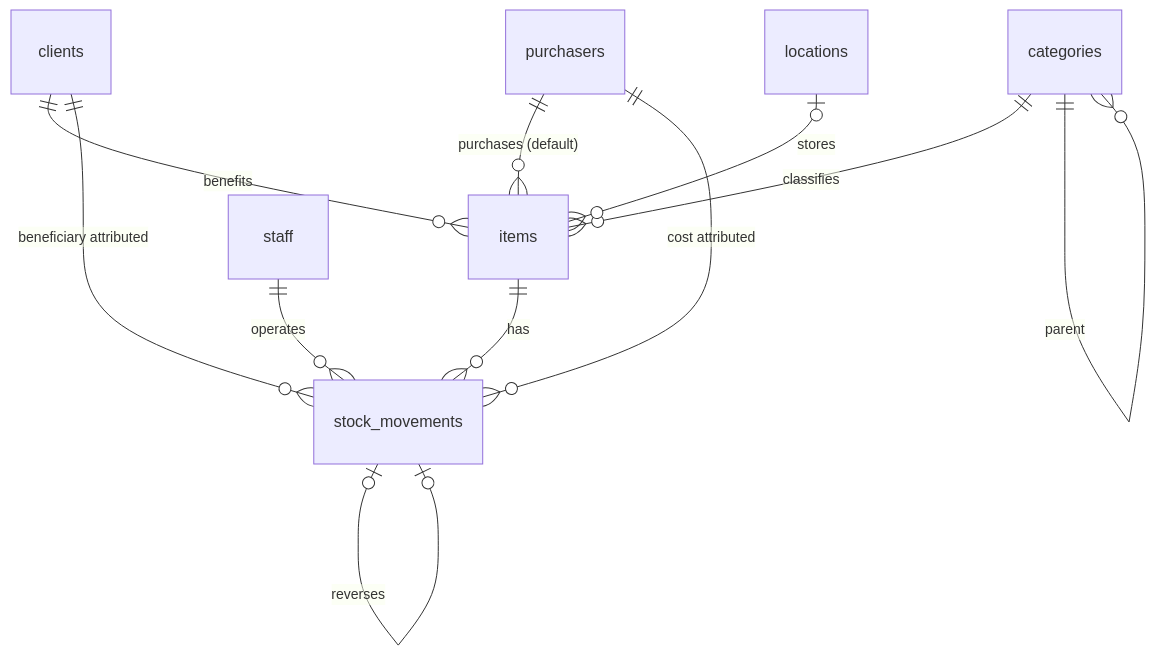
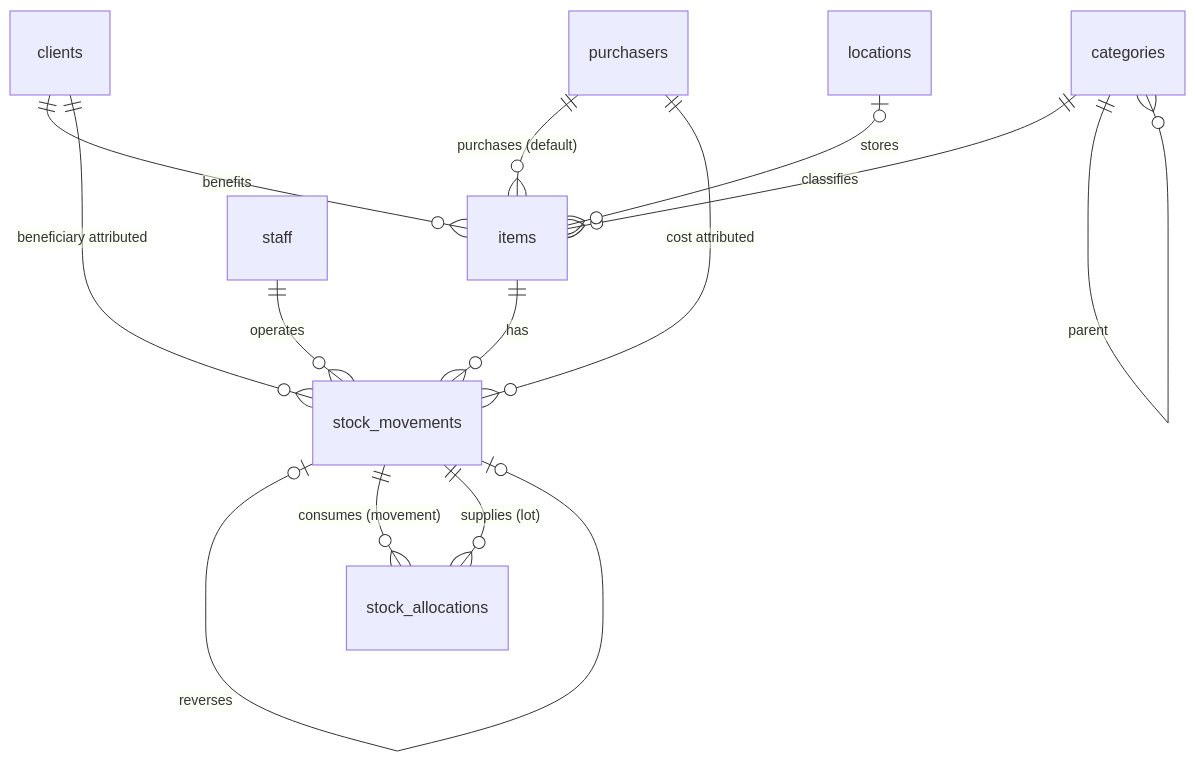
The second of 5 diagrams in docs/ローカル在庫管理アプリ開発計画書.md (sho-kawasaki-dd/inventory-management-app), drawn with Mermaid before and after one commit. The commit also changed other lines of this file and 2 other files, not shown here.

````diff
--- a/docs/ローカル在庫管理アプリ開発計画書.md
+++ b/docs/ローカル在庫管理アプリ開発計画書.md
@@ -282,13 +289,15 @@
 ```mermaid
 erDiagram
     clients ||--o{ items : benefits
     purchasers ||--o{ items : "purchases (default)"
     categories ||--o{ items : classifies
     categories ||--o{ categories : parent
     locations |o--o{ items : stores
     items ||--o{ stock_movements : has
     clients ||--o{ stock_movements : "beneficiary attributed"
     purchasers ||--o{ stock_movements : "cost attributed"
     staff ||--o{ stock_movements : operates
     stock_movements |o--o| stock_movements : reverses
+    stock_movements ||--o{ stock_allocations : "consumes (movement)"
+    stock_movements ||--o{ stock_allocations : "supplies (lot)"
 ```
````
